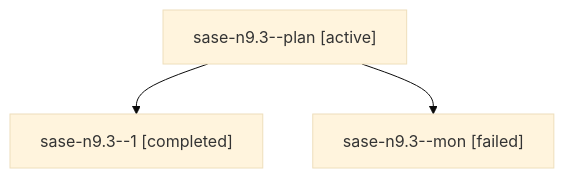
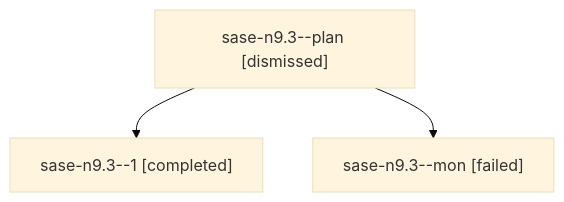
Before and after one commit to sase-org/sase--agents: the diagram in sessions/bbugyi200.athena.sase-n9.3.md, drawn with Mermaid (base theme). The commit also changed other lines of this file and 219 other files, not shown here.

````diff
--- a/sessions/bbugyi200.athena.sase-n9.3.md
+++ b/sessions/bbugyi200.athena.sase-n9.3.md
@@ -9,8 +9,8 @@
 ```mermaid
 flowchart TD
-  n0["sase-n9.3--plan [active]"]
+  n0["sase-n9.3--plan [dismissed]"]
   n1["sase-n9.3--1 [completed]"]
   n0 --> n1
   n2["sase-n9.3--mon [failed]"]
   n0 --> n2
 ```
````
